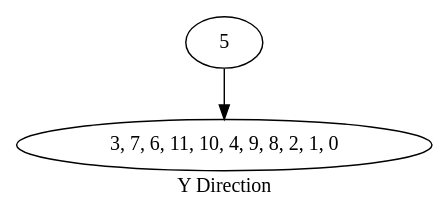
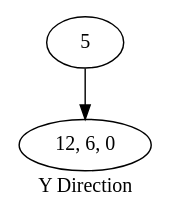
The diagram in cmake-build-debug/tmp_1.dot (KIKI007/FrameInterlock), drawn with Graphviz before and after one commit. The commit also changed 17 other files, not shown here.

```diff
--- a/cmake-build-debug/tmp_1.dot
+++ b/cmake-build-debug/tmp_1.dot
@@ -1,3 +1,3 @@
 digraph {
-label="Y Direction"5 -> "3, 7, 6, 11, 10, 4, 9, 8, 2, 1, 0"
+label="Y Direction"5 -> "12, 6, 0"
 }
```
